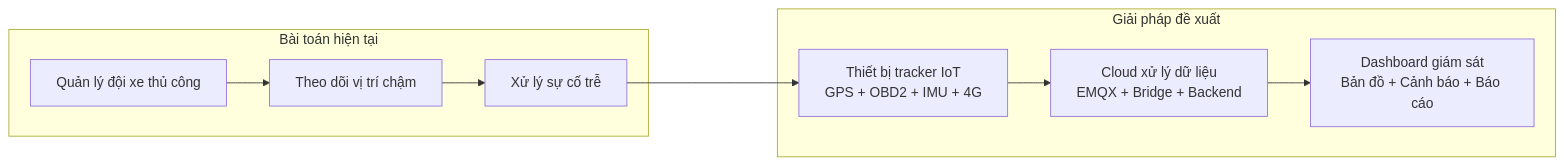
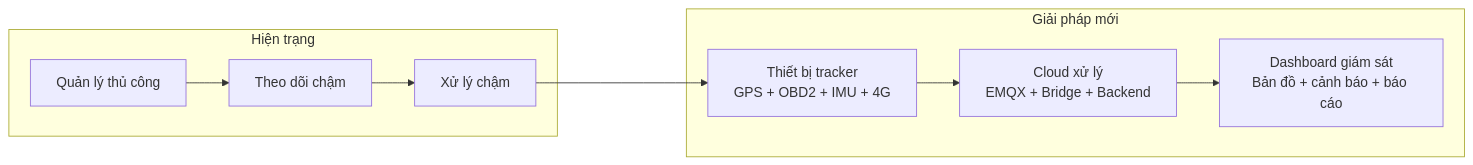
One commit to anmh1205/IoT_Vehicle_Tracking_System changed the diagram in resources/reports/thesis/final/assets/uml/01-chuong-1-gioi-thieu-hinh-1-1.mmd. Above: the diagram before and after it, drawn with Mermaid. The commit also changed 209 other files, not shown here.

```diff
--- a/resources/reports/thesis/final/assets/uml/01-chuong-1-gioi-thieu-hinh-1-1.mmd
+++ b/resources/reports/thesis/final/assets/uml/01-chuong-1-gioi-thieu-hinh-1-1.mmd
@@ -1,17 +1,17 @@
 flowchart LR
-    subgraph Current["Bài toán hiện tại"]
-        C1["Quản lý đội xe thủ công"]
-        C2["Theo dõi vị trí chậm"]
-        C3["Xử lý sự cố trễ"]
+    subgraph Current["Hiện trạng"]
+        C1["Quản lý thủ công"]
+        C2["Theo dõi chậm"]
+        C3["Xử lý chậm"]
         C1 --> C2 --> C3
     end
-    subgraph Proposed["Giải pháp đề xuất"]
-        P1["Thiết bị tracker IoT
+    subgraph Proposed["Giải pháp mới"]
+        P1["Thiết bị tracker
 GPS + OBD2 + IMU + 4G"]
-        P2["Cloud xử lý dữ liệu
+        P2["Cloud xử lý
 EMQX + Bridge + Backend"]
         P3["Dashboard giám sát
-Bản đồ + Cảnh báo + Báo cáo"]
+Bản đồ + cảnh báo + báo cáo"]
         P1 --> P2 --> P3
     end
     C3 ----> P1
```
